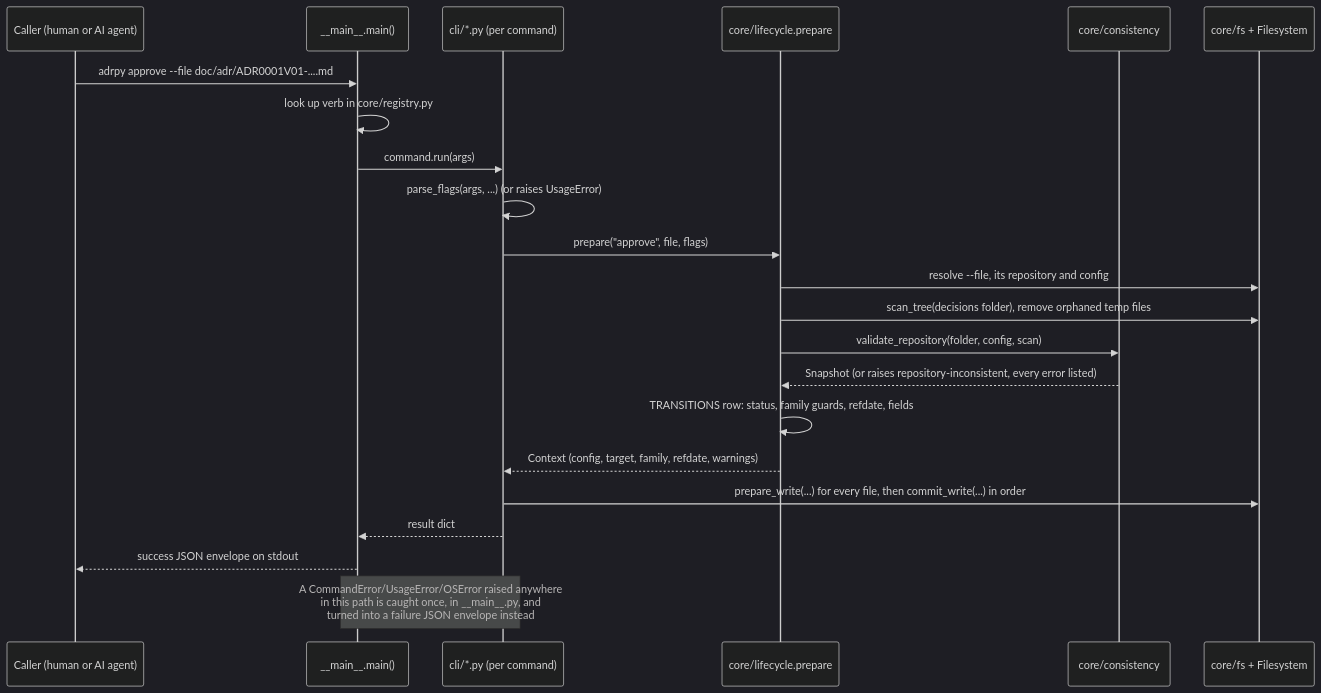
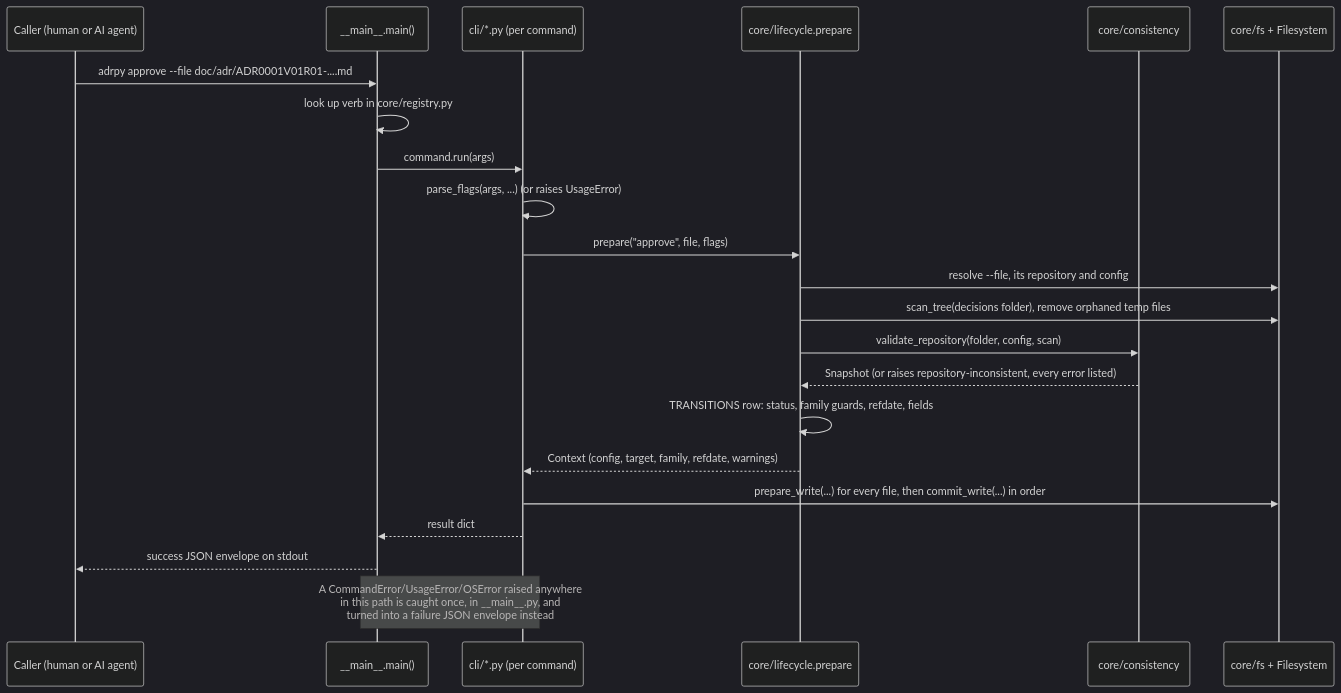
One commit to FRACerqueira/adrpy-ai changed the second of 6 diagrams in doc/architecture.md. Above: the diagram before and after it, drawn with Mermaid (dark theme). The commit also changed other lines of this file and 37 other files, not shown here.

````diff
--- a/doc/architecture.md
+++ b/doc/architecture.md
@@ -106,26 +107,26 @@
 ```mermaid
 sequenceDiagram
     participant Caller as Caller (human or AI agent)
     participant Main as __main__.main()
     participant Cmd as cli/*.py (per command)
     participant Core as core/lifecycle.prepare
     participant Val as core/consistency
     participant FS as core/fs + Filesystem
 
-    Caller->>Main: adrpy approve --file doc/adr/ADR0001V01-....md
+    Caller->>Main: adrpy approve --file doc/adr/ADR0001V01R01-....md
     Main->>Main: look up verb in core/registry.py
     Main->>Cmd: command.run(args)
     Cmd->>Cmd: parse_flags(args, ...) (or raises UsageError)
     Cmd->>Core: prepare("approve", file, flags)
     Core->>FS: resolve --file, its repository and config
     Core->>FS: scan_tree(decisions folder), remove orphaned temp files
     Core->>Val: validate_repository(folder, config, scan)
     Val-->>Core: Snapshot (or raises repository-inconsistent, every error listed)
     Core->>Core: TRANSITIONS row: status, family guards, refdate, fields
     Core-->>Cmd: Context (config, target, family, refdate, warnings)
     Cmd->>FS: prepare_write(...) for every file, then commit_write(...) in order
     Cmd-->>Main: result dict
     Main-->>Caller: success JSON envelope on stdout
 
     Note over Cmd,Main: A CommandError/UsageError/OSError raised anywhere<br/>in this path is caught once, in __main__.py, and<br/>turned into a failure JSON envelope instead
 ```
````
